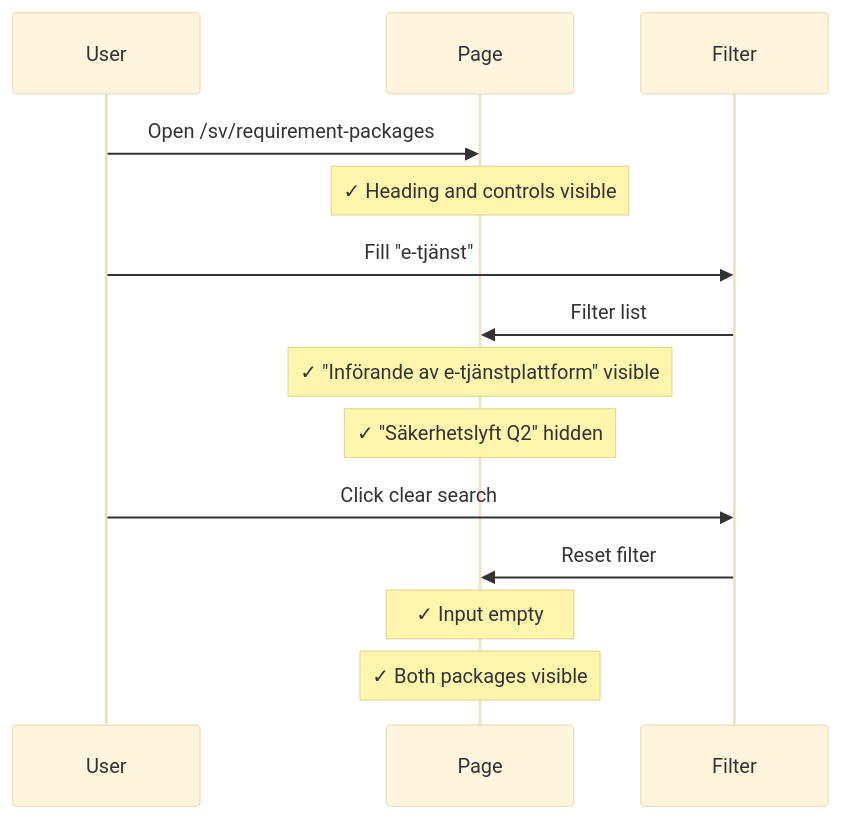
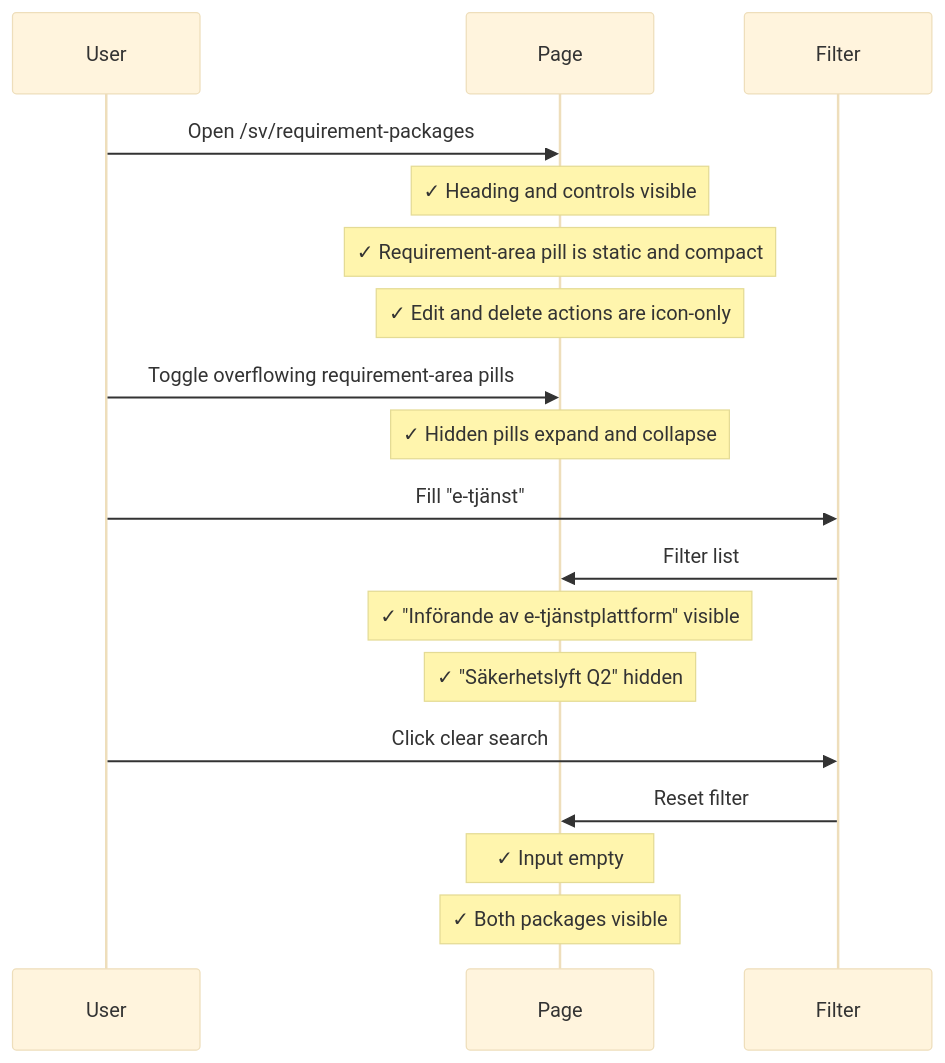
One commit to viscalyx/Kravhantering changed the second of 3 diagrams in tests/integration/requirement-packages-list.md. Above: the diagram before and after it, drawn with Mermaid (base theme). The commit also changed other lines of this file and 14 other files, not shown here.

````diff
--- a/tests/integration/requirement-packages-list.md
+++ b/tests/integration/requirement-packages-list.md
@@ -58,17 +69,21 @@
 ```mermaid
 sequenceDiagram
     participant U as User
     participant P as Page
     participant F as Filter
 
     U->>P: Open /sv/requirement-packages
     Note over P: ✓ Heading and controls visible
+    Note over P: ✓ Requirement-area pill is static and compact
+    Note over P: ✓ Edit and delete actions are icon-only
+    U->>P: Toggle overflowing requirement-area pills
+    Note over P: ✓ Hidden pills expand and collapse
     U->>F: Fill "e-tjänst"
     F->>P: Filter list
     Note over P: ✓ "Införande av e-tjänstplattform" visible
     Note over P: ✓ "Säkerhetslyft Q2" hidden
     U->>F: Click clear search
     F->>P: Reset filter
     Note over P: ✓ Input empty
     Note over P: ✓ Both packages visible
 ```
````
